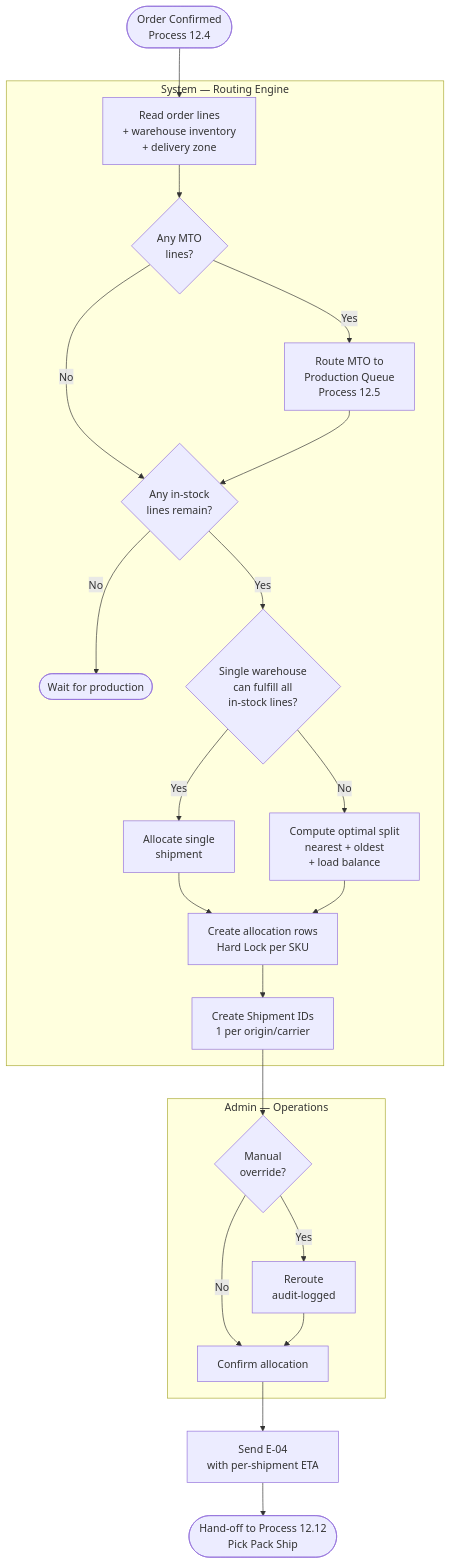
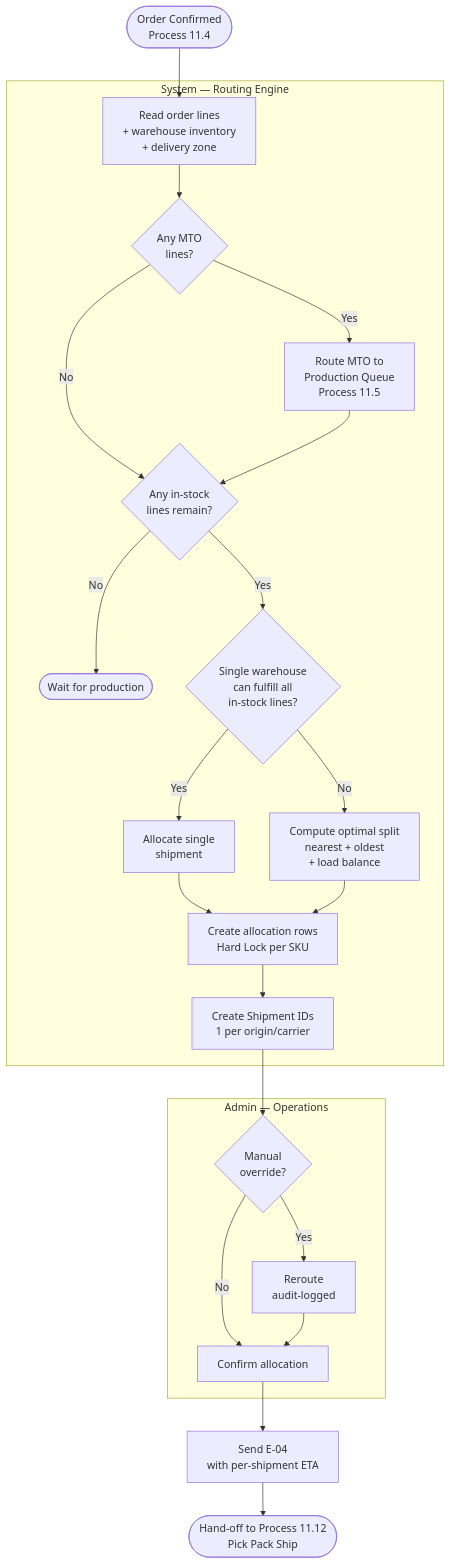
Before and after one commit to mingnguyentt012200/HomeStyle-project-demo: diagram 11 of 16 in HomeStyle_BRD_v4.md, drawn with Mermaid. The commit also changed other lines of this file, not shown here.

````diff
--- a/HomeStyle_BRD_v4.md
+++ b/HomeStyle_BRD_v4.md
@@ -872,25 +873,25 @@
 ```mermaid
 flowchart TD
-    A([Order Confirmed<br/>Process 12.4]) --> B[Read order lines<br/>+ warehouse inventory<br/>+ delivery zone]
+    A([Order Confirmed<br/>Process 11.4]) --> B[Read order lines<br/>+ warehouse inventory<br/>+ delivery zone]
     subgraph System_Routing[System — Routing Engine]
         B --> C{Any MTO<br/>lines?}
-        C -- Yes --> D[Route MTO to<br/>Production Queue<br/>Process 12.5]
+        C -- Yes --> D[Route MTO to<br/>Production Queue<br/>Process 11.5]
         C -- No --> E
         D --> E{Any in-stock<br/>lines remain?}
         E -- No --> F([Wait for production])
         E -- Yes --> G{Single warehouse<br/>can fulfill all<br/>in-stock lines?}
         G -- Yes --> H[Allocate single<br/>shipment]
         G -- No --> I[Compute optimal split<br/>nearest + oldest<br/>+ load balance]
         H --> J[Create allocation rows<br/>Hard Lock per SKU]
         I --> J
         J --> K[Create Shipment IDs<br/>1 per origin/carrier]
     end
     subgraph Admin_Ops[Admin — Operations]
         K --> L{Manual<br/>override?}
         L -- Yes --> M[Reroute<br/>audit-logged]
         L -- No --> N[Confirm allocation]
         M --> N
     end
     N --> O[Send E-04<br/>with per-shipment ETA]
-    O --> Z([Hand-off to Process 12.12<br/>Pick Pack Ship])
+    O --> Z([Hand-off to Process 11.12<br/>Pick Pack Ship])
 ```
````
